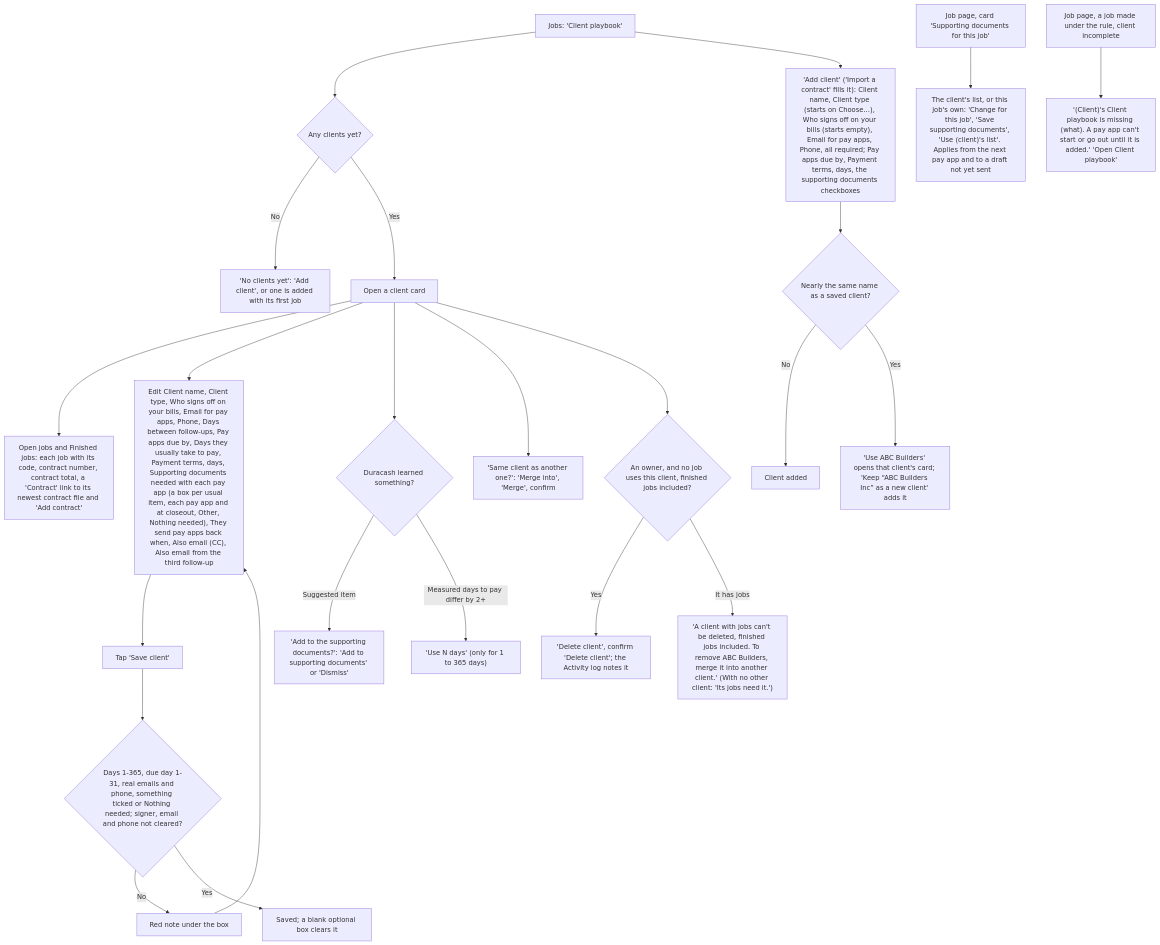
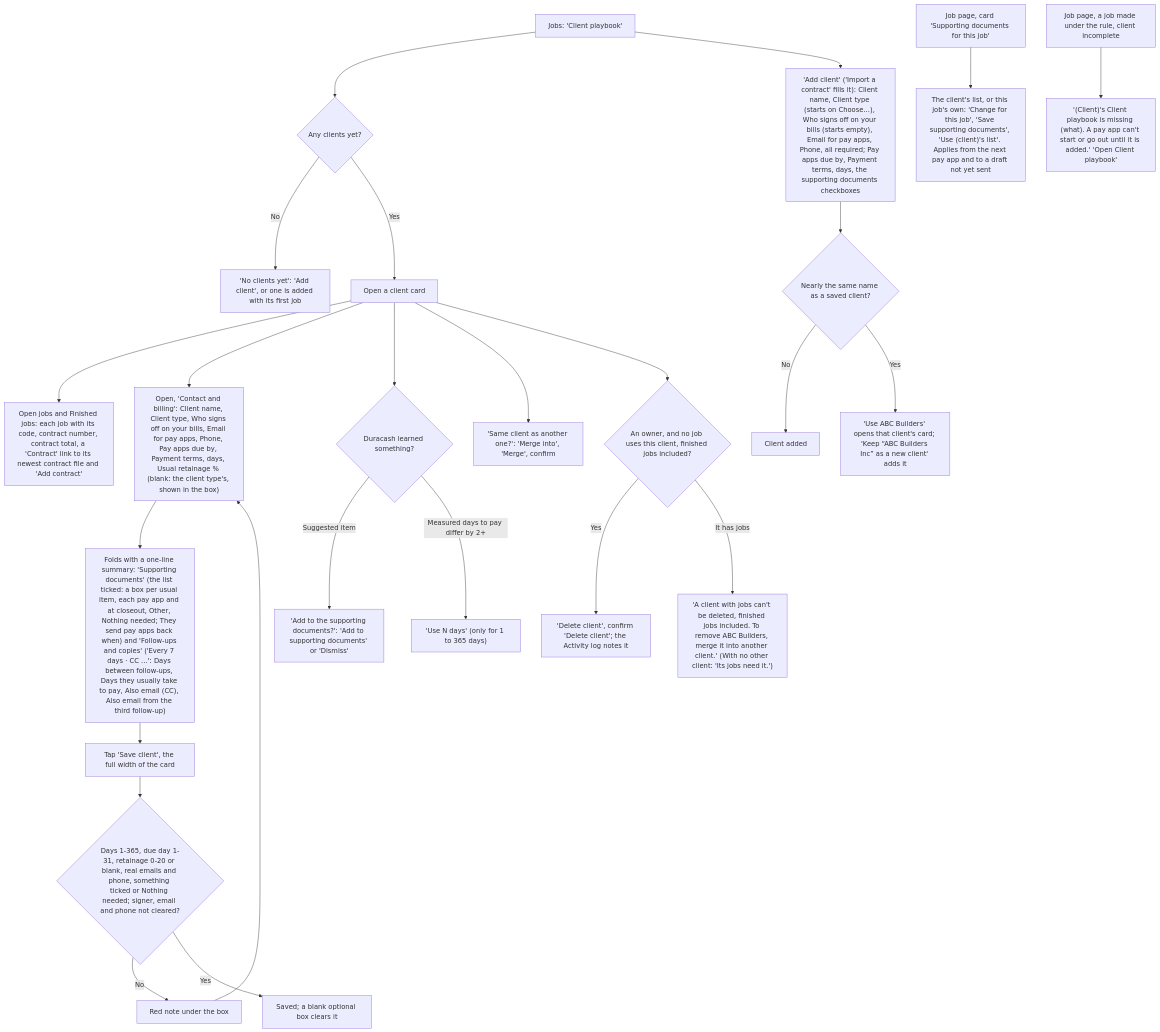
Before and after one commit to cartwrightstephen/billdable: diagram 15 of 18 in docs/client-flows.md, drawn with Mermaid. The commit also changed other lines of this file and 3 other files, not shown here.

Commit message:
Docs for Round 1: client-flows.md for every part and the follow-ups, file:line references refreshed, helper answers for New job, New job record, the client card, This billing period, Results and a team of one, README and MANUAL-TEST in sentence case

````diff
--- a/docs/client-flows.md
+++ b/docs/client-flows.md
@@ -675,26 +698,27 @@
 ```mermaid
 flowchart TD
     A["Jobs: 'Client playbook'"] --> B{"Any clients yet?"}
     B -->|"No"| C["'No clients yet': 'Add client', or one is added with its first job"]
     B -->|"Yes"| D["Open a client card"]
     A --> AC["'Add client' ('Import a contract' fills it): Client name, Client type (starts on Choose…), Who signs off on your bills (starts empty), Email for pay apps, Phone, all required; Pay apps due by, Payment terms, days, the supporting documents checkboxes"]
     AC --> AN{"Nearly the same name as a saved client?"}
     AN -->|"No"| AD["Client added"]
     AN -->|"Yes"| AQ["'Use ABC Builders' opens that client's card; 'Keep “ABC Builders Inc” as a new client' adds it"]
     D --> JB["Open jobs and Finished jobs: each job with its code, contract number, contract total, a 'Contract' link to its newest contract file and 'Add contract'"]
-    D --> E["Edit Client name, Client type, Who signs off on your bills, Email for pay apps, Phone, Days between follow-ups, Pay apps due by, Days they usually take to pay, Payment terms, days, Supporting documents needed with each pay app (a box per usual item, each pay app and at closeout, Other, Nothing needed), They send pay apps back when, Also email (CC), Also email from the third follow-up"]
-    E --> F["Tap 'Save client'"]
-    F --> G{"Days 1-365, due day 1-31, real emails and phone, something ticked or Nothing needed; signer, email and phone not cleared?"}
+    D --> E["Open, 'Contact and billing': Client name, Client type, Who signs off on your bills, Email for pay apps, Phone, Pay apps due by, Payment terms, days, Usual retainage % (blank: the client type's, shown in the box)"]
+    E --> E2["Folds with a one-line summary: 'Supporting documents' (the list ticked: a box per usual item, each pay app and at closeout, Other, Nothing needed; They send pay apps back when) and 'Follow-ups and copies' ('Every 7 days · CC …': Days between follow-ups, Days they usually take to pay, Also email (CC), Also email from the third follow-up)"]
+    E2 --> F["Tap 'Save client', the full width of the card"]
+    F --> G{"Days 1-365, due day 1-31, retainage 0-20 or blank, real emails and phone, something ticked or Nothing needed; signer, email and phone not cleared?"}
     G -->|"No"| H["Red note under the box"]
     H --> E
     G -->|"Yes"| I["Saved; a blank optional box clears it"]
     D --> J{"Duracash learned something?"}
     J -->|"Suggested item"| K["'Add to the supporting documents?': 'Add to supporting documents' or 'Dismiss'"]
     J -->|"Measured days to pay differ by 2+"| L["'Use N days' (only for 1 to 365 days)"]
     D --> MG["'Same client as another one?': 'Merge into', 'Merge', confirm"]
     D --> DL{"An owner, and no job uses this client, finished jobs included?"}
     DL -->|"Yes"| DY["'Delete client', confirm 'Delete client'; the Activity log notes it"]
     DL -->|"It has jobs"| DN["'A client with jobs can't be deleted, finished jobs included. To remove ABC Builders, merge it into another client.' (With no other client: 'Its jobs need it.')"]
     JP["Job page, card 'Supporting documents for this job'"] --> JP1["The client's list, or this job's own: 'Change for this job', 'Save supporting documents', 'Use (client)'s list'. Applies from the next pay app and to a draft not yet sent"]
     MS["Job page, a job made under the rule, client incomplete"] --> MS1["'(Client)'s Client playbook is missing (what). A pay app can't start or go out until it is added.' 'Open Client playbook'"]
 ```
````
